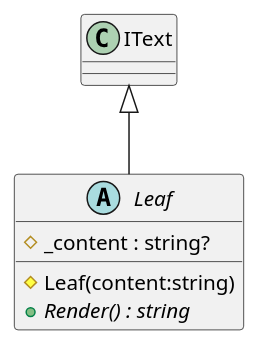
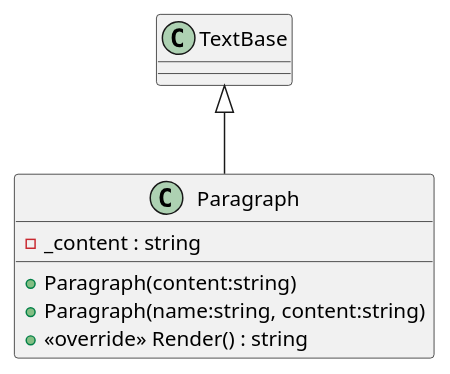
Before and after one commit to anatolii-dotsenko/Optima_OOP: the diagram in Diagrams/AutoGeneratedModel/Text/Leaf.puml, drawn with PlantUML. The commit also changed 54 other files, not shown here.

```diff
--- a/Diagrams/AutoGeneratedModel/Text/Leaf.puml
+++ b/Diagrams/AutoGeneratedModel/Text/Leaf.puml
@@ -1,8 +1,9 @@
 @startuml
-abstract class Leaf {
-    # _content : string?
-    # Leaf(content:string)
-    + {abstract} Render() : string
+class Paragraph {
+    - _content : string
+    + Paragraph(content:string)
+    + Paragraph(name:string, content:string)
+    + <<override>> Render() : string
 }
-IText <|-- Leaf
+TextBase <|-- Paragraph
 @enduml
```
